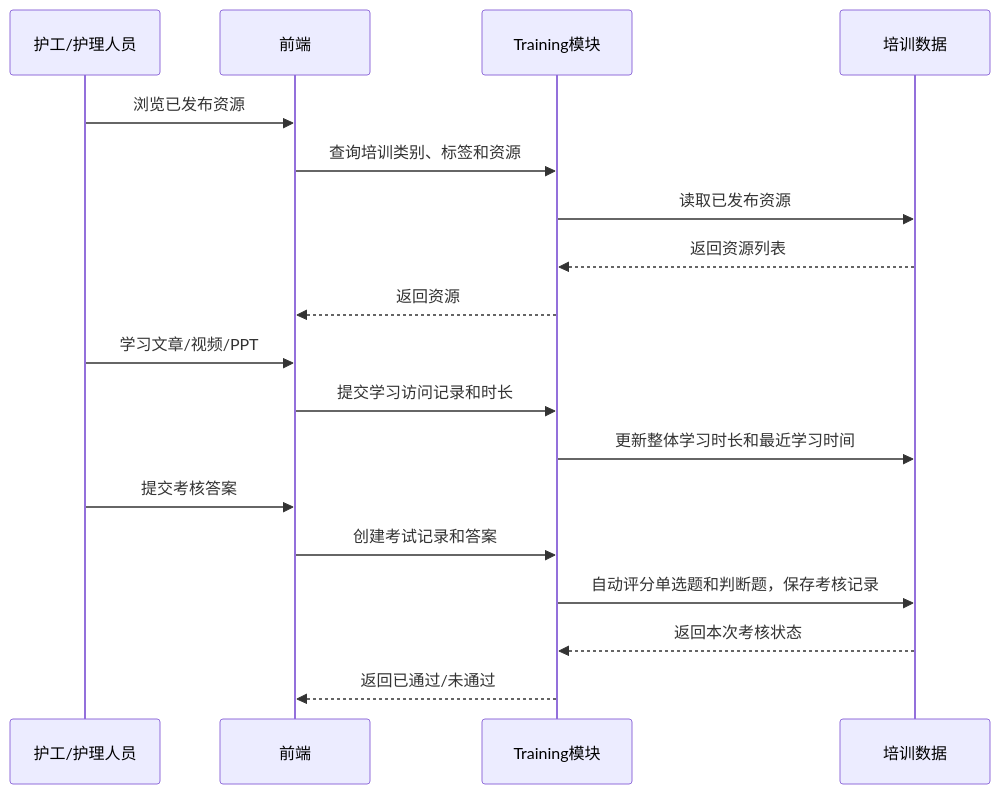
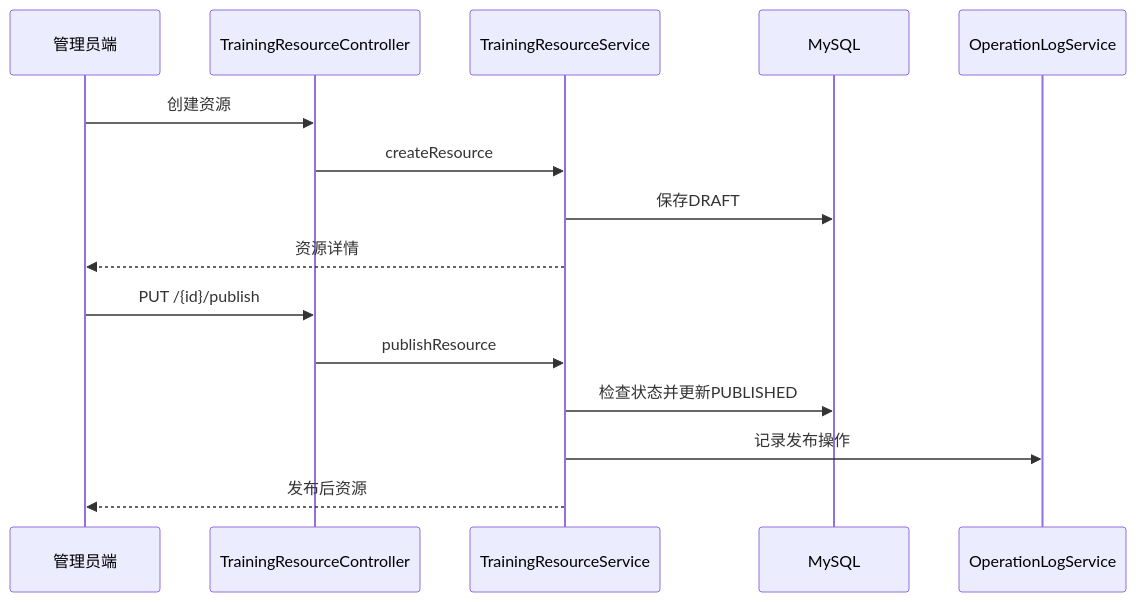
One commit to thesantaana/Care-Nexus changed the fifth of 11 diagrams in docs/design/系统分析与设计模型.md. Above: the diagram before and after it, drawn with Mermaid. The commit also changed other lines of this file, not shown here.

````diff
--- a/docs/design/系统分析与设计模型.md
+++ b/docs/design/系统分析与设计模型.md
@@ -210,20 +127,18 @@
 ```mermaid
 sequenceDiagram
-    participant C as 护工/护理人员
-    participant FE as 前端
-    participant Train as Training模块
-    participant DB as 培训数据
-    C->>FE: 浏览已发布资源
-    FE->>Train: 查询培训类别、标签和资源
-    Train->>DB: 读取已发布资源
-    DB-->>Train: 返回资源列表
-    Train-->>FE: 返回资源
-    C->>FE: 学习文章/视频/PPT
-    FE->>Train: 提交学习访问记录和时长
-    Train->>DB: 更新整体学习时长和最近学习时间
-    C->>FE: 提交考核答案
-    FE->>Train: 创建考试记录和答案
-    Train->>DB: 自动评分单选题和判断题，保存考核记录
-    DB-->>Train: 返回本次考核状态
-    Train-->>FE: 返回已通过/未通过
+    participant A as 管理员端
+    participant C as TrainingResourceController
+    participant S as TrainingResourceService
+    participant D as MySQL
+    participant L as OperationLogService
+
+    A->>C: 创建资源
+    C->>S: createResource
+    S->>D: 保存DRAFT
+    S-->>A: 资源详情
+    A->>C: PUT /{id}/publish
+    C->>S: publishResource
+    S->>D: 检查状态并更新PUBLISHED
+    S->>L: 记录发布操作
+    S-->>A: 发布后资源
 ```
````
